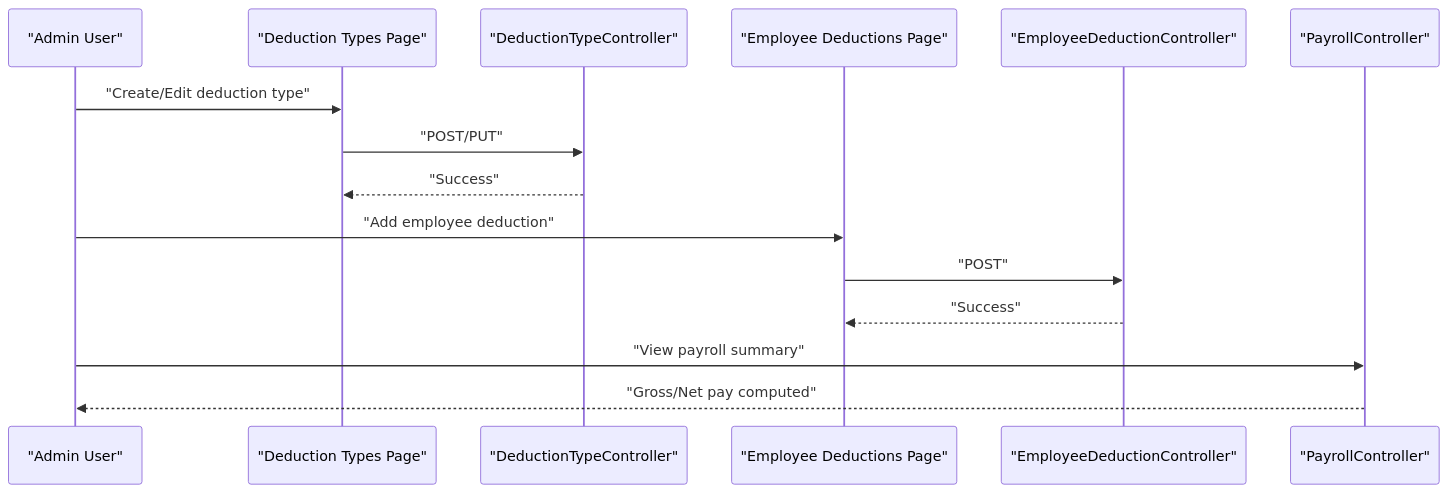
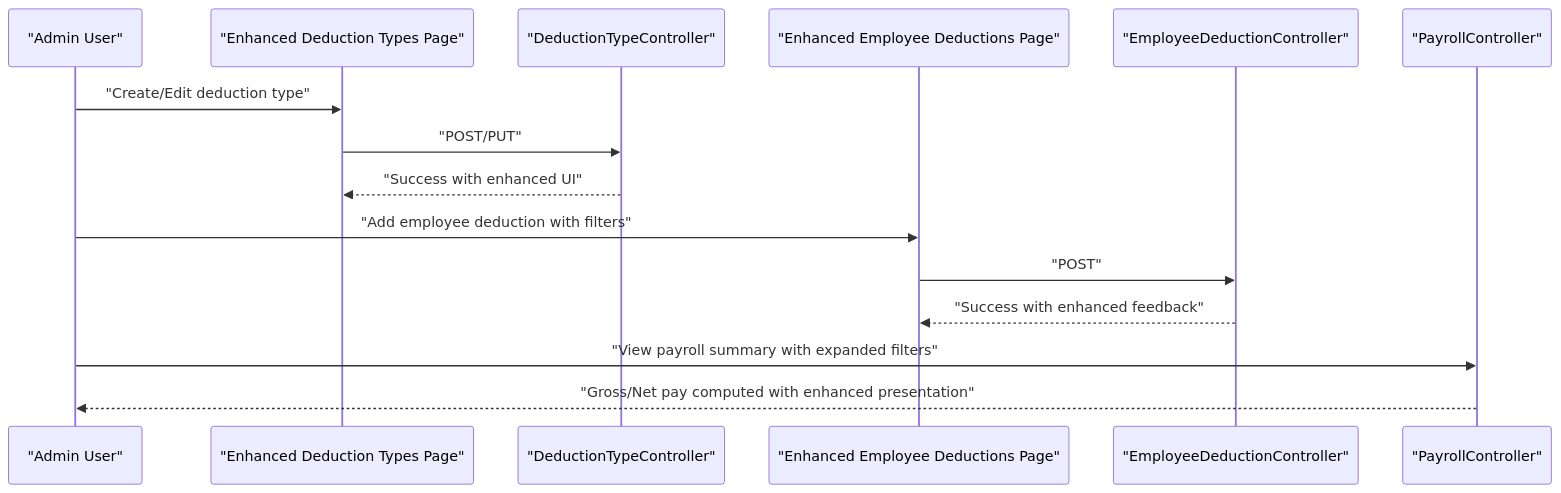
One commit to vincet0t15/template changed the sixth of 8 diagrams in .qoder/repowiki/en/content/Deduction Management/Deduction Management.md. Above: the diagram before and after it, drawn with Mermaid. The commit also changed other lines of this file and 13 other files, not shown here.

````diff
--- a/.qoder/repowiki/en/content/Deduction Management/Deduction Management.md
+++ b/.qoder/repowiki/en/content/Deduction Management/Deduction Management.md
@@ -301,17 +328,17 @@
 ```mermaid
 sequenceDiagram
 participant Admin as "Admin User"
-participant DT as "Deduction Types Page"
+participant DT as "Enhanced Deduction Types Page"
 participant DTC as "DeductionTypeController"
-participant ED as "Employee Deductions Page"
+participant ED as "Enhanced Employee Deductions Page"
 participant EDC as "EmployeeDeductionController"
 participant PC as "PayrollController"
 Admin->>DT : "Create/Edit deduction type"
 DT->>DTC : "POST/PUT"
-DTC-->>DT : "Success"
-Admin->>ED : "Add employee deduction"
+DTC-->>DT : "Success with enhanced UI"
+Admin->>ED : "Add employee deduction with filters"
 ED->>EDC : "POST"
-EDC-->>ED : "Success"
-Admin->>PC : "View payroll summary"
-PC-->>Admin : "Gross/Net pay computed"
+EDC-->>ED : "Success with enhanced feedback"
+Admin->>PC : "View payroll summary with expanded filters"
+PC-->>Admin : "Gross/Net pay computed with enhanced presentation"
 ```
````
